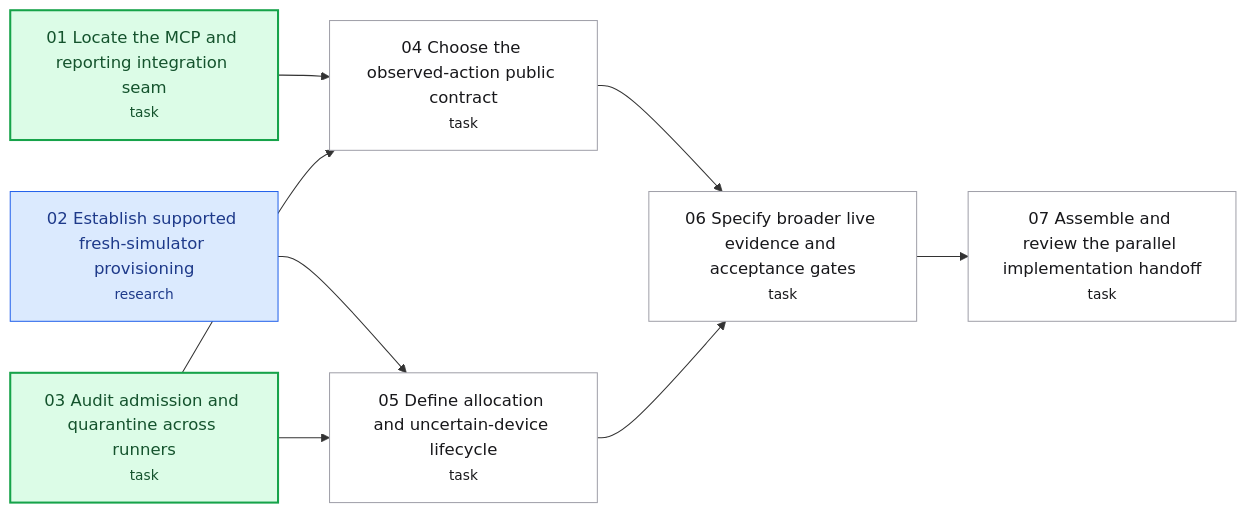
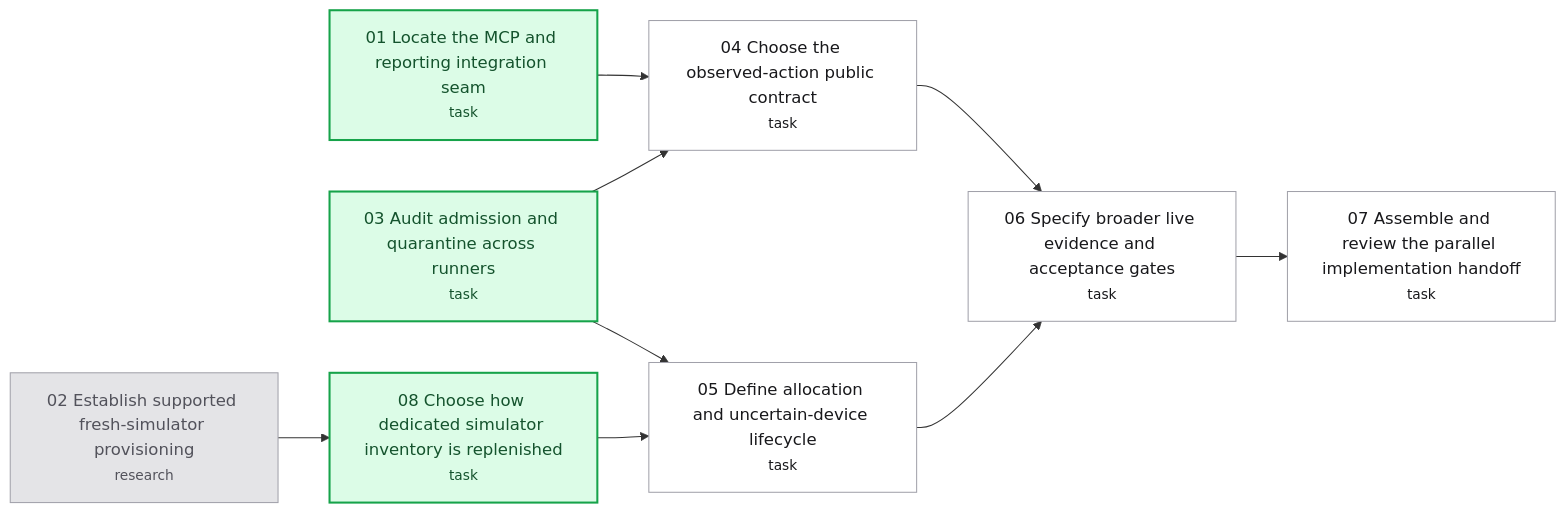
Before and after one commit to hugues-vnsgn/jev-ios-bridge: the diagram in .scratch/observed-integration/map.md, drawn with Mermaid. The commit also changed other lines of this file and 8 other files, not shown here.

````diff
--- a/.scratch/observed-integration/map.md
+++ b/.scratch/observed-integration/map.md
@@ -30,24 +31,26 @@
 ```mermaid
 flowchart LR
     T01["01 Locate the MCP and reporting integration seam<br/><small>task</small>"]
     T02["02 Establish supported fresh-simulator provisioning<br/><small>research</small>"]
     T03["03 Audit admission and quarantine across runners<br/><small>task</small>"]
     T04["04 Choose the observed-action public contract<br/><small>task</small>"]
     T05["05 Define allocation and uncertain-device lifecycle<br/><small>task</small>"]
     T06["06 Specify broader live evidence and acceptance gates<br/><small>task</small>"]
     T07["07 Assemble and review the parallel implementation handoff<br/><small>task</small>"]
+    T08["08 Choose how dedicated simulator inventory is replenished<br/><small>task</small>"]
     T01 --> T04
     T03 --> T04
-    T02 --> T05
     T03 --> T05
+    T08 --> T05
     T04 --> T06
     T05 --> T06
     T06 --> T07
+    T02 --> T08
     classDef resolved fill:#e4e4e7,stroke:#a1a1aa,color:#52525b
     classDef claimed fill:#dbeafe,stroke:#2563eb,color:#1e3a8a
     classDef frontier fill:#dcfce7,stroke:#16a34a,color:#14532d,stroke-width:2px
     classDef blocked fill:#ffffff,stroke:#a1a1aa,color:#18181b
-    class T02 claimed
-    class T01,T03 frontier
+    class T02 resolved
+    class T01,T03,T08 frontier
     class T04,T05,T06,T07 blocked
 ```
````
